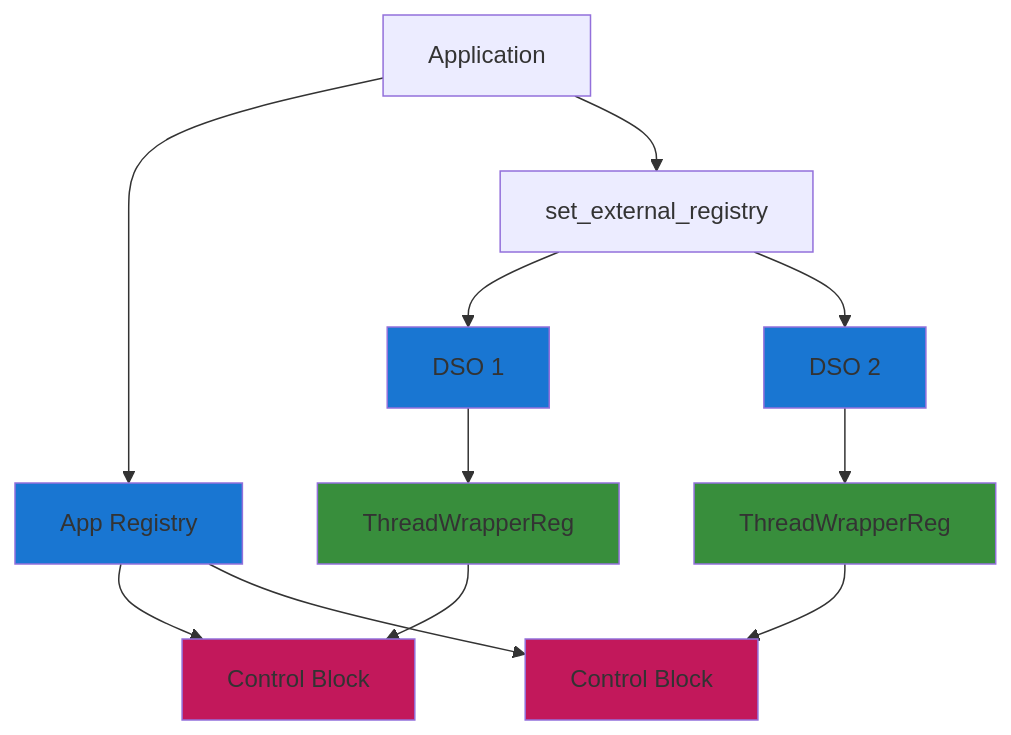
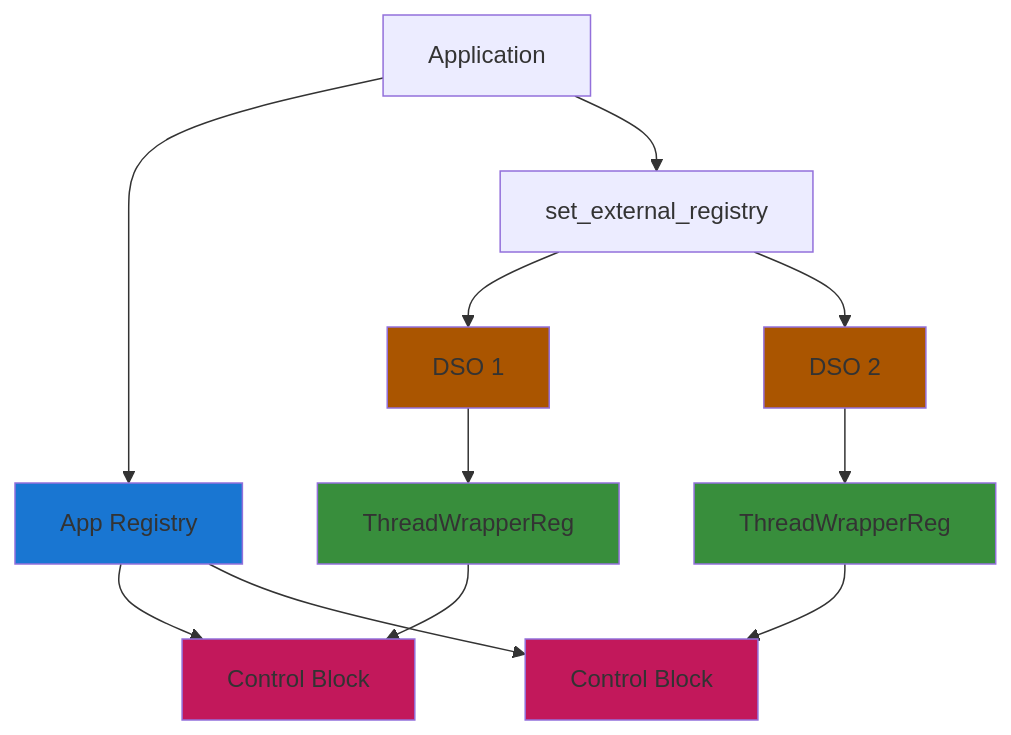
One commit to Katze719/ThreadSchedule changed the third of 5 diagrams in docs/REGISTRY.md. Above: the diagram before and after it, drawn with Mermaid. The commit also changed other lines of this file, not shown here.

First line of the commit message:
Refactor REGISTRY.md diagrams to improve clarity and structure

````diff
--- a/docs/REGISTRY.md
+++ b/docs/REGISTRY.md
@@ -120,31 +120,33 @@
 ```mermaid
 graph TD
     App[Application]
     AR["App Registry"]
     ER1["set_external_registry"]
     DSO1["DSO 1"]
     DSO2["DSO 2"]
     T2[ThreadWrapperReg]
     T3[ThreadWrapperReg]
     CB2["Control Block"]
     CB3["Control Block"]
 
     App --> AR
     App --> ER1
     ER1 --> DSO1
     ER1 --> DSO2
     DSO1 --> T2
     DSO2 --> T3
     T2 --> CB2
     T3 --> CB3
     AR --> CB2
     AR --> CB3
 
     classDef registry fill:#1976d2
     classDef controlBlock fill:#c2185b
     classDef wrapper fill:#388e3c
+    classDef lib fill:#aa5500
 
-    class AR,DSO1,DSO2 registry
+    class DSO1,DSO2 lib
+    class AR registry
     class CB2,CB3 controlBlock
     class T2,T3 wrapper
 ```
````
